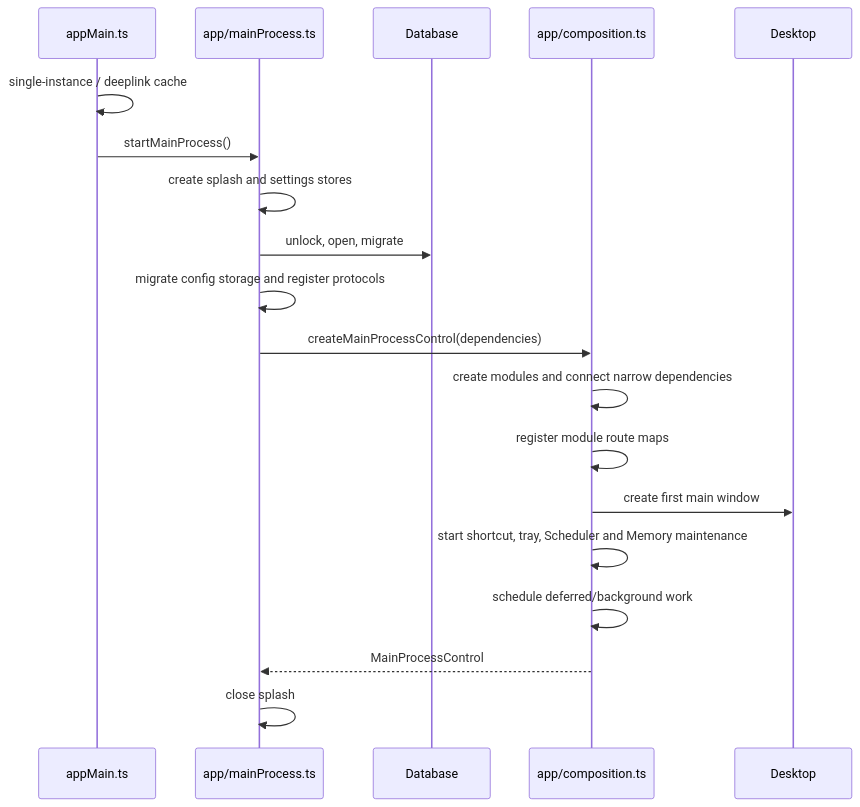
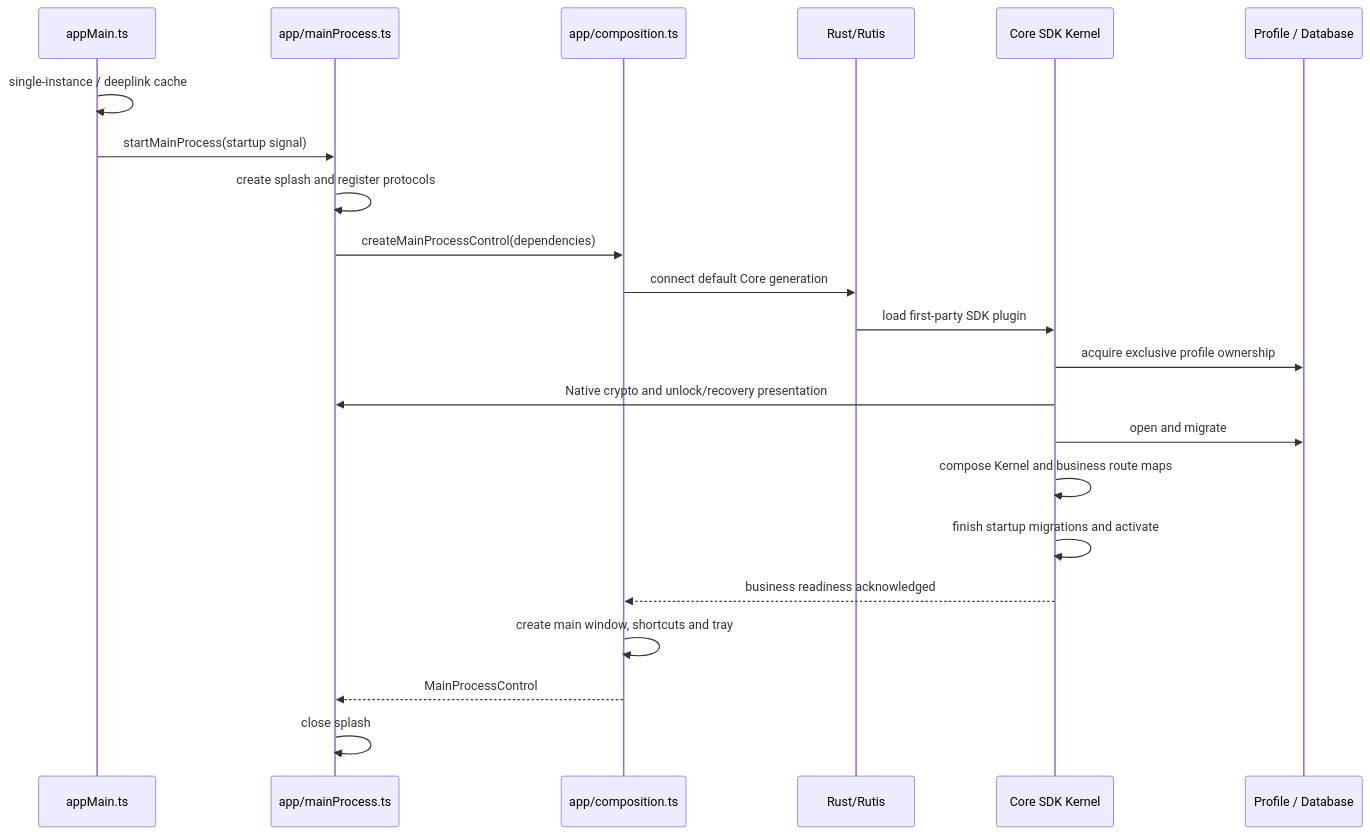
One commit to ThinkInAIXYZ/deepchat changed the first of 8 diagrams in docs/FLOWS.md. Above: the diagram before and after it, drawn with Mermaid. The commit also changed other lines of this file and 123 other files, not shown here.

Commit message:
feat(harness): adopt Rutis Core backend

````diff
--- a/docs/FLOWS.md
+++ b/docs/FLOWS.md
@@ -8,22 +9,25 @@
 ```mermaid
 sequenceDiagram
     participant Entry as appMain.ts
     participant Main as app/mainProcess.ts
-    participant DB as Database
     participant App as app/composition.ts
-    participant Desktop as Desktop
+    participant Host as Rust/Rutis
+    participant Core as Core SDK Kernel
+    participant DB as Profile / Database
 
     Entry->>Entry: single-instance / deeplink cache
-    Entry->>Main: startMainProcess()
-    Main->>Main: create splash and settings stores
-    Main->>DB: unlock, open, migrate
-    Main->>Main: migrate config storage and register protocols
+    Entry->>Main: startMainProcess(startup signal)
+    Main->>Main: create splash and register protocols
     Main->>App: createMainProcessControl(dependencies)
-    App->>App: create modules and connect narrow dependencies
-    App->>App: register module route maps
-    App->>Desktop: create first main window
-    App->>App: start shortcut, tray, Scheduler and Memory maintenance
-    App->>App: schedule deferred/background work
+    App->>Host: connect default Core generation
+    Host->>Core: load first-party SDK plugin
+    Core->>DB: acquire exclusive profile ownership
+    Core->>Main: Native crypto and unlock/recovery presentation
+    Core->>DB: open and migrate
+    Core->>Core: compose Kernel and business route maps
+    Core->>Core: finish startup migrations and activate
+    Core-->>App: business readiness acknowledged
+    App->>App: create main window, shortcuts and tray
     App-->>Main: MainProcessControl
     Main->>Main: close splash
 ```
````
